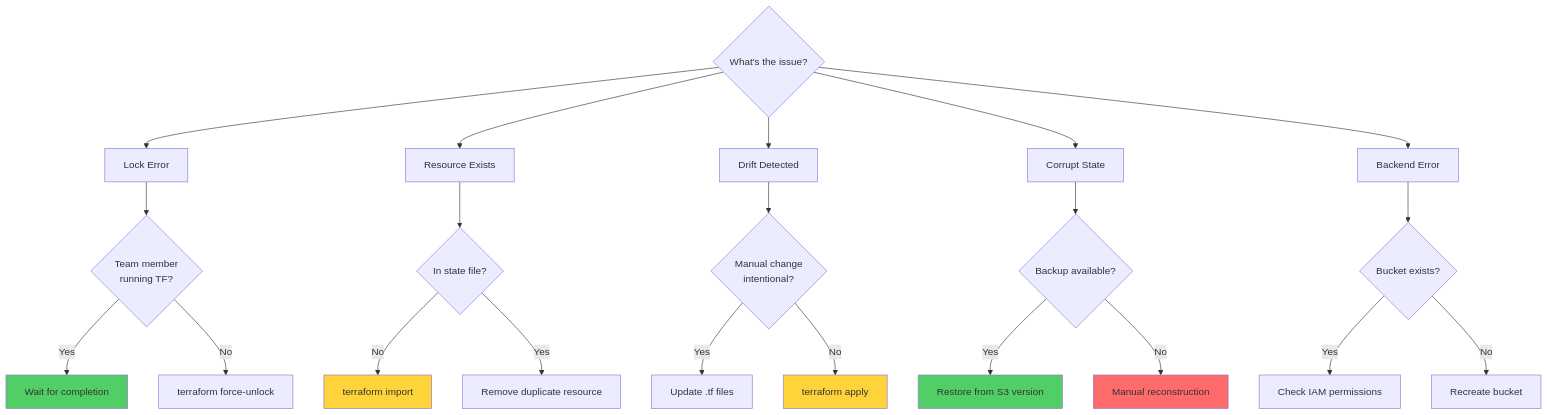
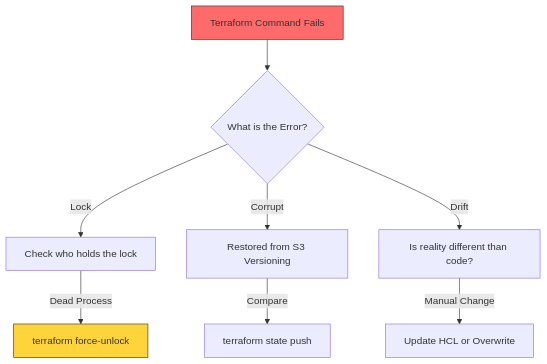
Before and after one commit to Ganil151/Devops: the diagram in 2-Intermediate/03-Terraform/03-State-Management/08-Troubleshooting/Troubleshooting State Issues.md, drawn with Mermaid. The commit also changed other lines of this file and 428 other files, not shown here.

````diff
--- a/2-Intermediate/03-Terraform/03-State-Management/08-Troubleshooting/Troubleshooting State Issues.md
+++ b/2-Intermediate/03-Terraform/03-State-Management/08-Troubleshooting/Troubleshooting State Issues.md
@@ -262,34 +9,14 @@
 ```mermaid
 graph TD
-    Start{What's the issue?} --> Lock[Lock Error]
-    Start --> Exists[Resource Exists]
-    Start --> Drift[Drift Detected]
-    Start --> Corrupt[Corrupt State]
-    Start --> Backend[Backend Error]
+    Error[Terraform Command Fails] --> Identify{What is the Error?}
+    Identify -->|Lock| Lock[Check who holds the lock]
+    Identify -->|Corrupt| Backup[Restored from S3 Versioning]
+    Identify -->|Drift| Refresh[Is reality different than code?]
     
-    Lock --> CheckTeam{Team member<br/>running TF?}
-    CheckTeam -->|Yes| Wait[Wait for completion]
-    CheckTeam -->|No| ForceUnlock[terraform force-unlock]
+    Lock -->|Dead Process| Force[terraform force-unlock]
+    Backup -->|Compare| Push[terraform state push]
+    Refresh -->|Manual Change| Sync[Update HCL or Overwrite]
     
-    Exists --> InState{In state file?}
-    InState -->|No| Import[terraform import]
-    InState -->|Yes| Duplicate[Remove duplicate resource]
-    
-    Drift --> Intentional{Manual change<br/>intentional?}
-    Intentional -->|Yes| UpdateCode[Update .tf files]
-    Intentional -->|No| Apply[terraform apply]
-    
-    Corrupt --> Backup{Backup available?}
-    Backup -->|Yes| Restore[Restore from S3 version]
-    Backup -->|No| Reconstruct[Manual reconstruction]
-    
-    Backend --> BucketExists{Bucket exists?}
-    BucketExists -->|Yes| Permissions[Check IAM permissions]
-    BucketExists -->|No| CreateBucket[Recreate bucket]
-    
-    style Wait fill:#51cf66
-    style Import fill:#ffd43b
-    style Apply fill:#ffd43b
-    style Restore fill:#51cf66
-    style Reconstruct fill:#ff6b6b
+    style Error fill:#ff6b6b,stroke:#333
+    style Force fill:#ffd43b,stroke:#333
 ```
````
